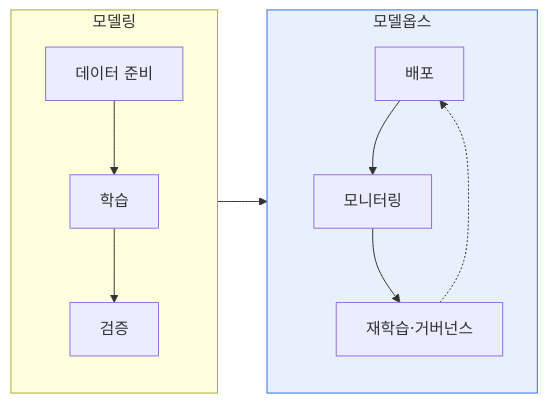
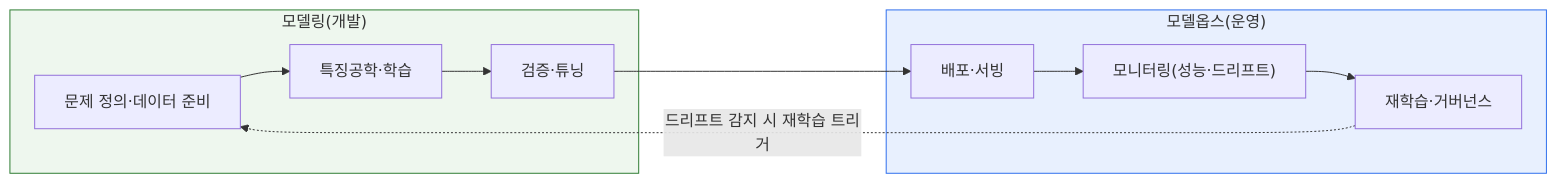
Before and after one commit to coninggu/wjdqhrhksflrltnftk: the first of 2 diagrams in content/model-ops.md, drawn with Mermaid. The commit also changed other lines of this file and 3 other files, not shown here.

````diff
--- a/content/model-ops.md
+++ b/content/model-ops.md
@@ -15,12 +21,15 @@
 ```mermaid
 flowchart LR
-  subgraph M["모델링"]
-    M1[데이터 준비] --> M2[학습] --> M3[검증]
+  subgraph M["모델링(개발)"]
+    M1["문제 정의·데이터 준비"] --> M2["특징공학·학습"]
+    M2 --> M3["검증·튜닝"]
   end
-  subgraph O["모델옵스"]
-    O1[배포] --> O2[모니터링] --> O3[재학습·거버넌스]
-    O3 -.-> O1
+  subgraph O["모델옵스(운영)"]
+    O1["배포·서빙"] --> O2["모니터링(성능·드리프트)"]
+    O2 --> O3["재학습·거버넌스"]
   end
-  M --> O
+  M3 --> O1
+  O3 -. "드리프트 감지 시 재학습 트리거" .-> M1
+  style M fill:#eef7ee,stroke:#2e7d32
   style O fill:#e8f0fe,stroke:#2f6fed
 ```
````
